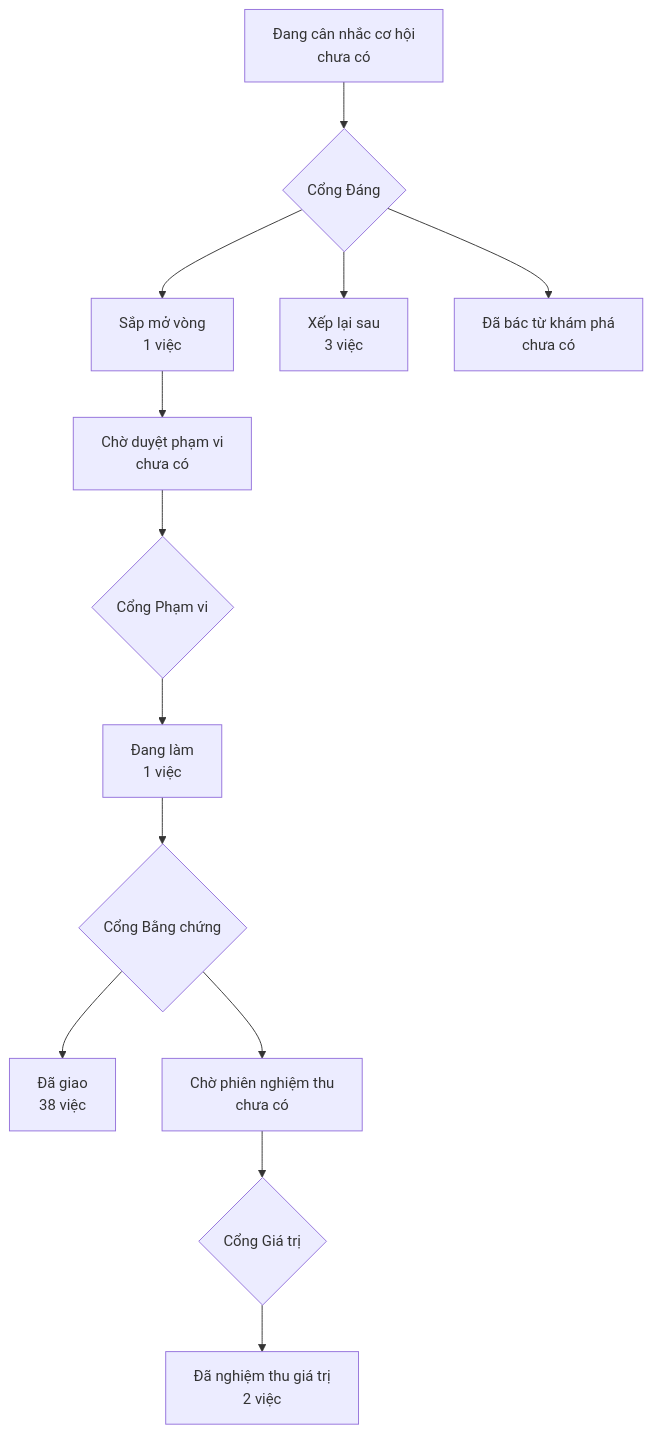
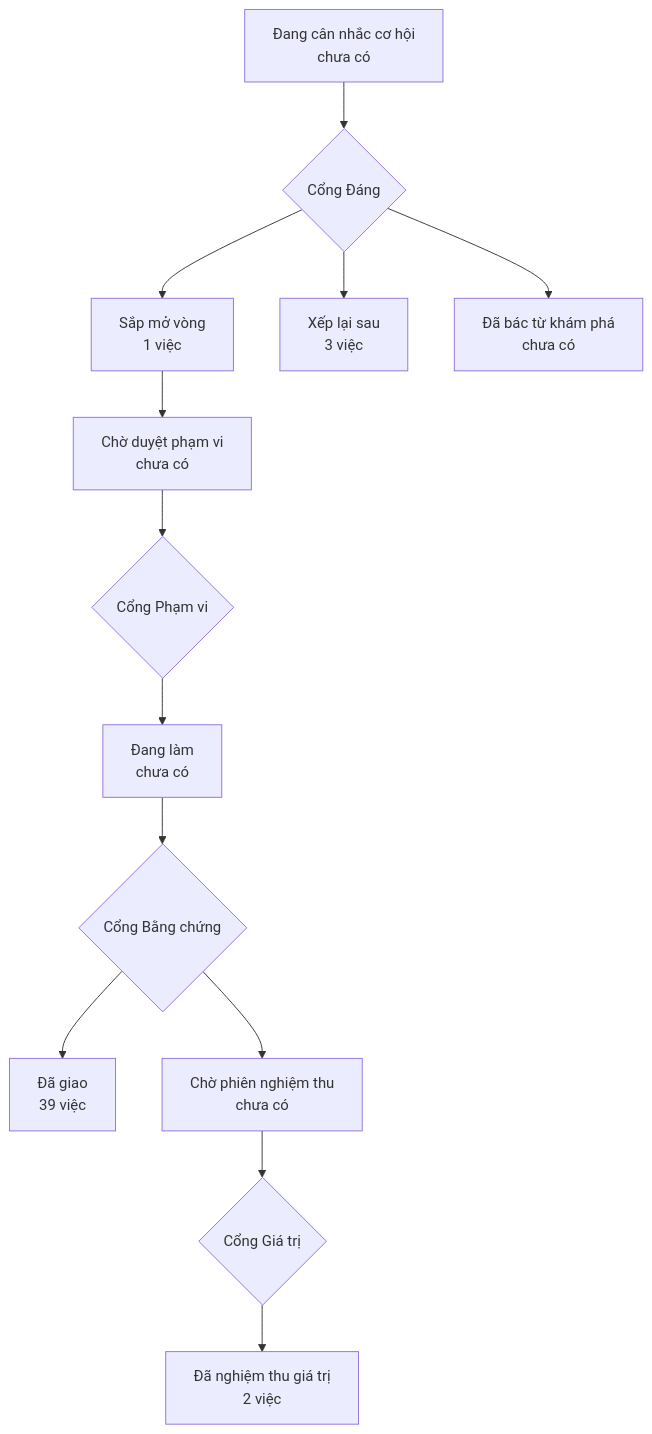
Before and after one commit to phanlemanh/OneFlow: the diagram in PRODUCT-MAP.md, drawn with Mermaid. The commit also changed other lines of this file and 3 other files, not shown here.

````diff
--- a/PRODUCT-MAP.md
+++ b/PRODUCT-MAP.md
@@ -6,12 +6,12 @@
 ```mermaid
 flowchart TD
   A["Đang cân nhắc cơ hội<br/>chưa có"] --> GD{"Cổng Đáng"}
   GD --> B["Sắp mở vòng<br/>1 việc"]
   GD --> XL["Xếp lại sau<br/>3 việc"]
   GD --> DB["Đã bác từ khám phá<br/>chưa có"]
   B --> CD["Chờ duyệt phạm vi<br/>chưa có"] --> GP{"Cổng Phạm vi"}
-  GP --> DL["Đang làm<br/>1 việc"] --> GB{"Cổng Bằng chứng"}
-  GB --> DG["Đã giao<br/>38 việc"]
+  GP --> DL["Đang làm<br/>chưa có"] --> GB{"Cổng Bằng chứng"}
+  GB --> DG["Đã giao<br/>39 việc"]
   GB --> CN["Chờ phiên nghiệm thu<br/>chưa có"] --> GG{"Cổng Giá trị"}
   GG --> NT["Đã nghiệm thu giá trị<br/>2 việc"]
 ```
````
